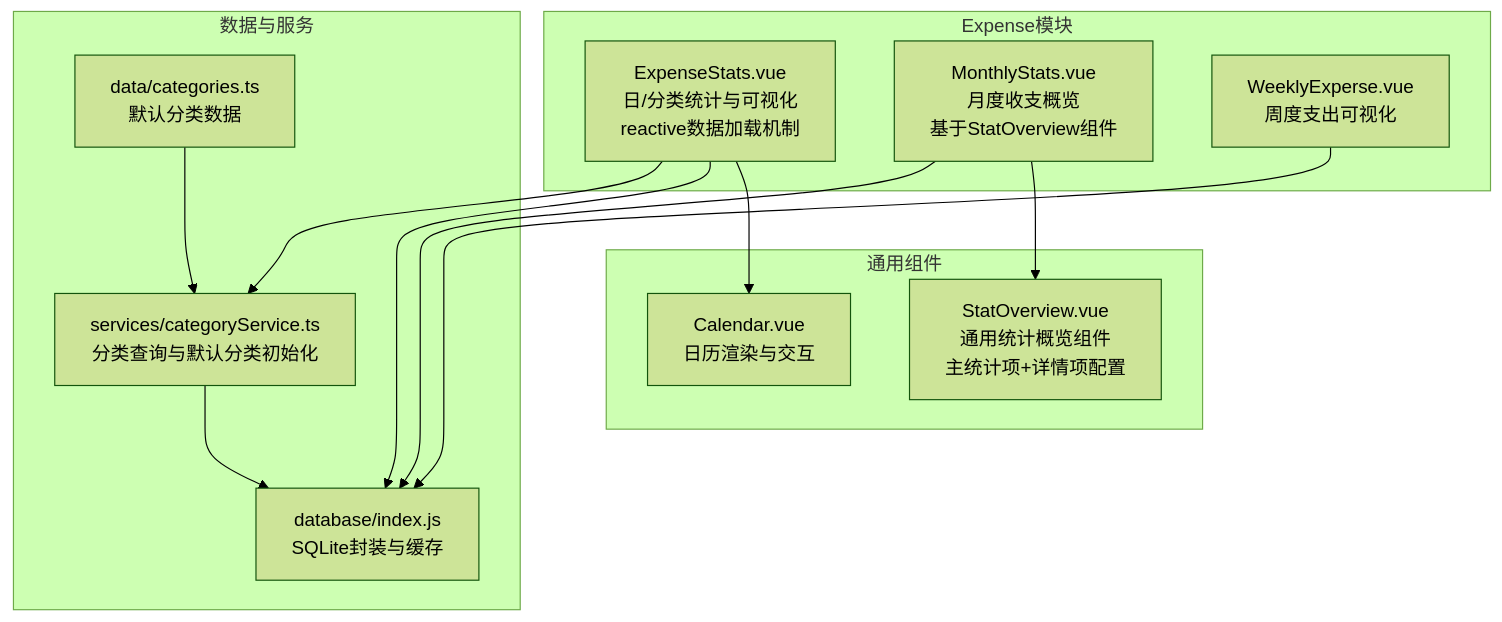
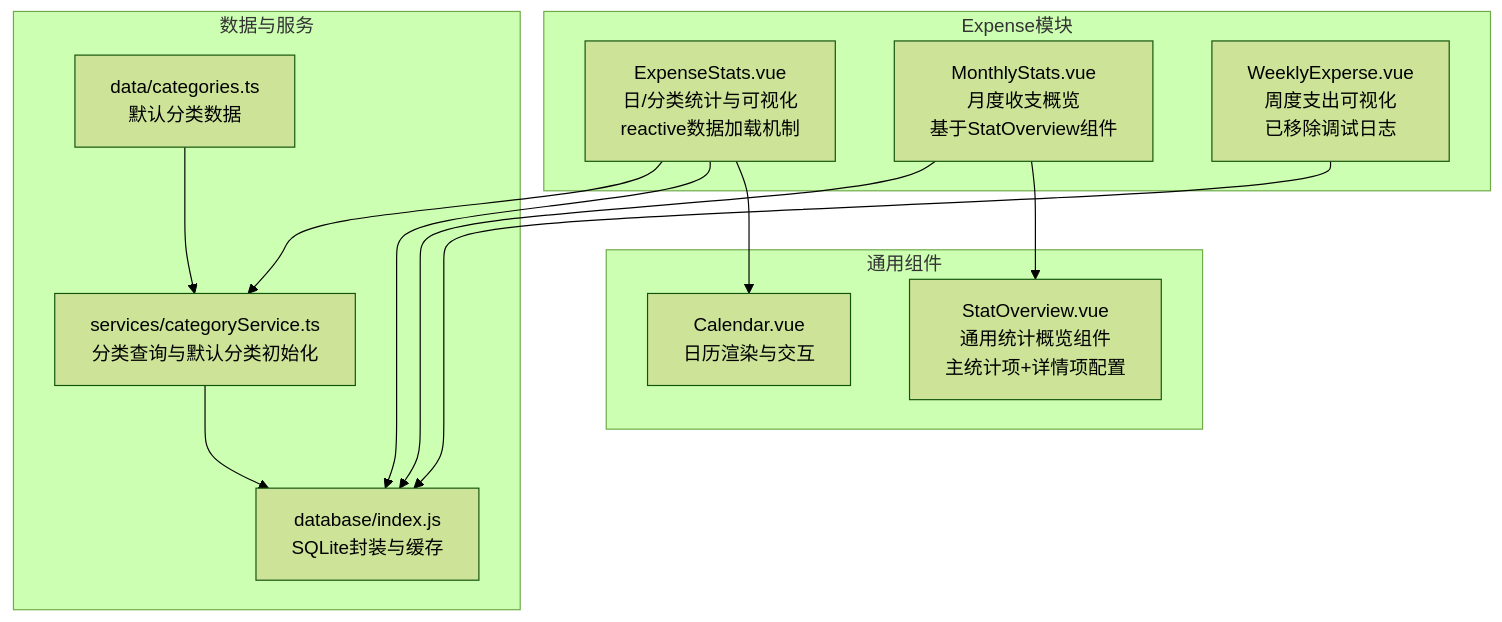
One commit to xiao-lin-unit/yuan changed the first of 8 diagrams in .qoder/repowiki/zh/content/支出管理/支出统计分析.md. Above: the diagram before and after it, drawn with Mermaid (forest theme). The commit also changed other lines of this file and 6 other files, not shown here.

````diff
--- a/.qoder/repowiki/zh/content/支出管理/支出统计分析.md
+++ b/.qoder/repowiki/zh/content/支出管理/支出统计分析.md
@@ -48,25 +49,25 @@
 ```mermaid
 graph TB
 subgraph "Expense模块"
 ES["ExpenseStats.vue<br/>日/分类统计与可视化<br/>reactive数据加载机制"]
 MS["MonthlyStats.vue<br/>月度收支概览<br/>基于StatOverview组件"]
-WE["WeeklyExperse.vue<br/>周度支出可视化"]
+WE["WeeklyExperse.vue<br/>周度支出可视化<br/>已移除调试日志"]
 end
 subgraph "通用组件"
 SO["StatOverview.vue<br/>通用统计概览组件<br/>主统计项+详情项配置"]
 CAL["Calendar.vue<br/>日历渲染与交互"]
 end
 subgraph "数据与服务"
 DB["database/index.js<br/>SQLite封装与缓存"]
 CS["services/categoryService.ts<br/>分类查询与默认分类初始化"]
 CAT["data/categories.ts<br/>默认分类数据"]
 end
 ES --> CAL
 ES --> DB
 ES --> CS
 MS --> SO
 MS --> DB
 WE --> DB
 CS --> DB
 CAT --> CS
 ```
````
